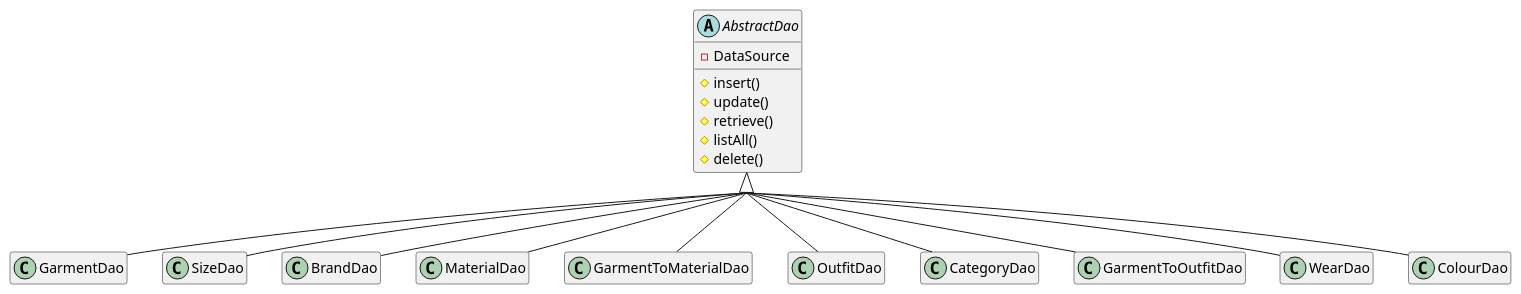
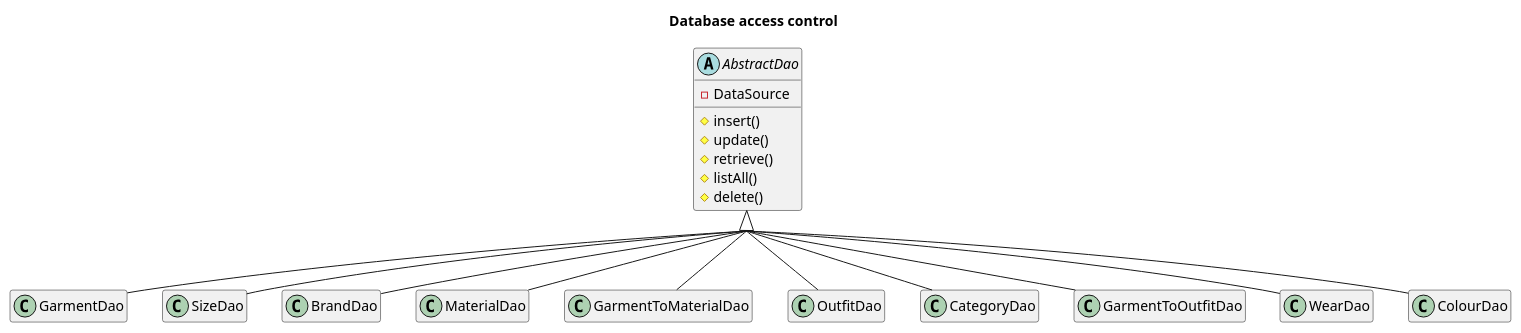
One commit to Kohort13/PG3302-Eksamen changed the diagram in UML diagrams/DatabaseObjectModel.puml. Above: the diagram before and after it, drawn with PlantUML. The commit also changed 5 other files, not shown here.

Commit message:
Finished (ish) diagrams

```diff
--- a/UML diagrams/DatabaseObjectModel.puml
+++ b/UML diagrams/DatabaseObjectModel.puml
@@ -1,22 +1,24 @@
-@startuml
+@startuml ObjectModel
+    title Database access control
+    
     skinparam groupInheritance 2
     hide empty members
     abstract AbstractDao{
         - DataSource
         # insert()
         # update()
         # retrieve()
         # listAll()
         # delete()
     }
     class GarmentDao extends AbstractDao
     class SizeDao extends AbstractDao
     class BrandDao extends AbstractDao
     class MaterialDao extends AbstractDao
     class GarmentToMaterialDao extends AbstractDao
     class OutfitDao extends AbstractDao
     class CategoryDao extends AbstractDao
     class GarmentToOutfitDao extends AbstractDao
     class WearDao extends AbstractDao
     class ColourDao extends AbstractDao
 @enduml
```
